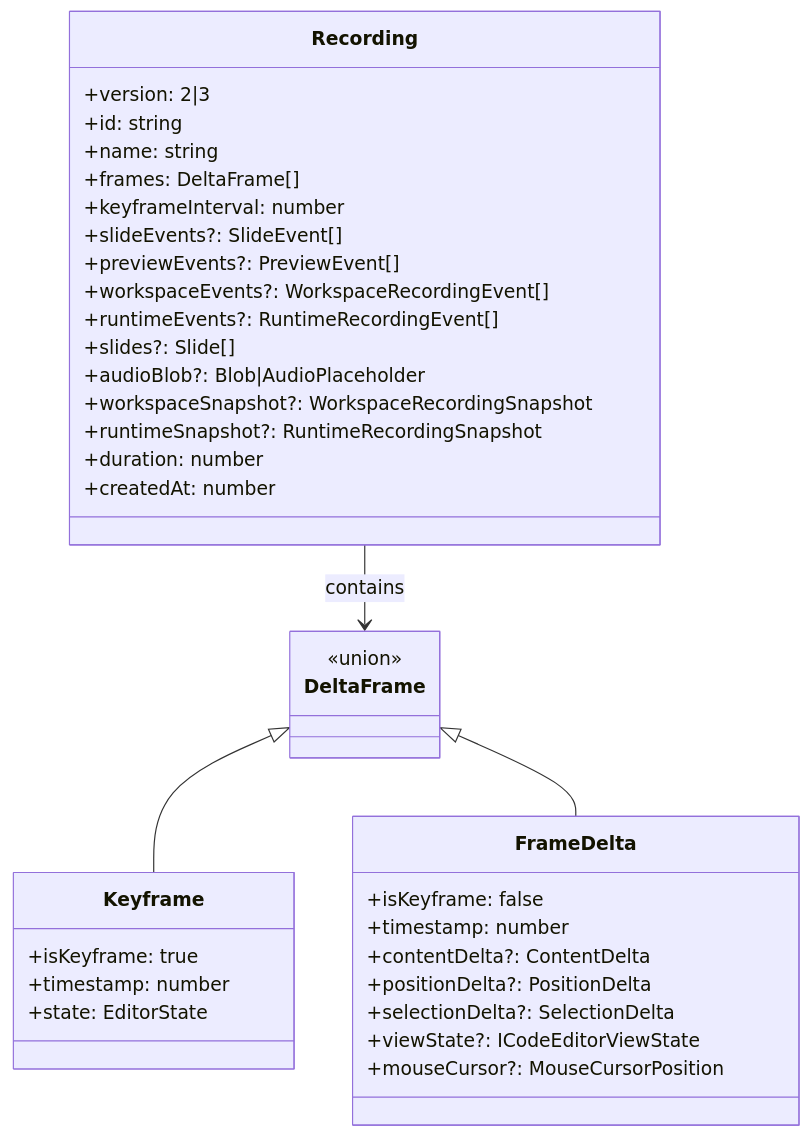
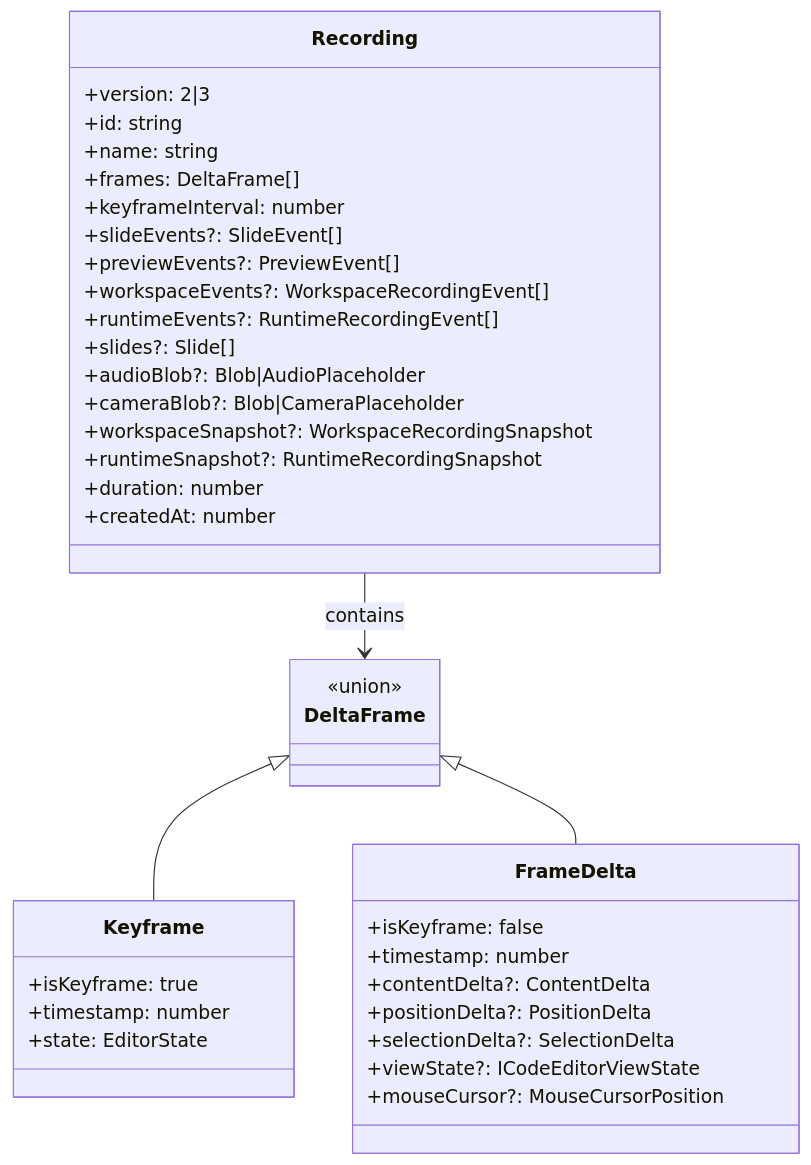
Before and after one commit to channyeintun/next-editor: the second of 6 diagrams in docs/core.md, drawn with Mermaid. The commit also changed other lines of this file and 7 other files, not shown here.

````diff
--- a/docs/core.md
+++ b/docs/core.md
@@ -84,44 +87,45 @@
 ```mermaid
 classDiagram
     class Recording {
         +version: 2|3
         +id: string
         +name: string
         +frames: DeltaFrame[]
         +keyframeInterval: number
         +slideEvents?: SlideEvent[]
         +previewEvents?: PreviewEvent[]
         +workspaceEvents?: WorkspaceRecordingEvent[]
         +runtimeEvents?: RuntimeRecordingEvent[]
         +slides?: Slide[]
         +audioBlob?: Blob|AudioPlaceholder
+        +cameraBlob?: Blob|CameraPlaceholder
         +workspaceSnapshot?: WorkspaceRecordingSnapshot
         +runtimeSnapshot?: RuntimeRecordingSnapshot
         +duration: number
         +createdAt: number
     }
 
     class DeltaFrame {
         <<union>>
     }
 
     class Keyframe {
         +isKeyframe: true
         +timestamp: number
         +state: EditorState
     }
 
     class FrameDelta {
         +isKeyframe: false
         +timestamp: number
         +contentDelta?: ContentDelta
         +positionDelta?: PositionDelta
         +selectionDelta?: SelectionDelta
         +viewState?: ICodeEditorViewState
         +mouseCursor?: MouseCursorPosition
     }
 
     Recording --> DeltaFrame : contains
     DeltaFrame <|-- Keyframe
     DeltaFrame <|-- FrameDelta
 ```
````
